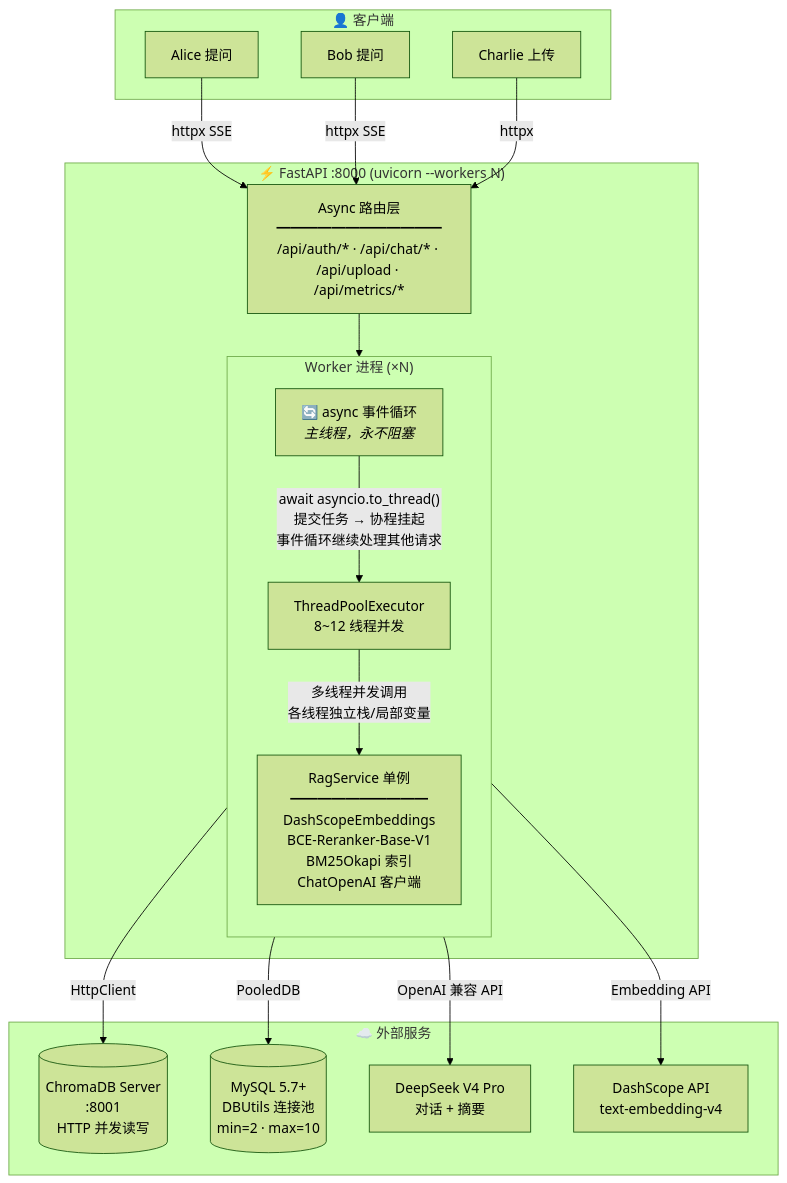
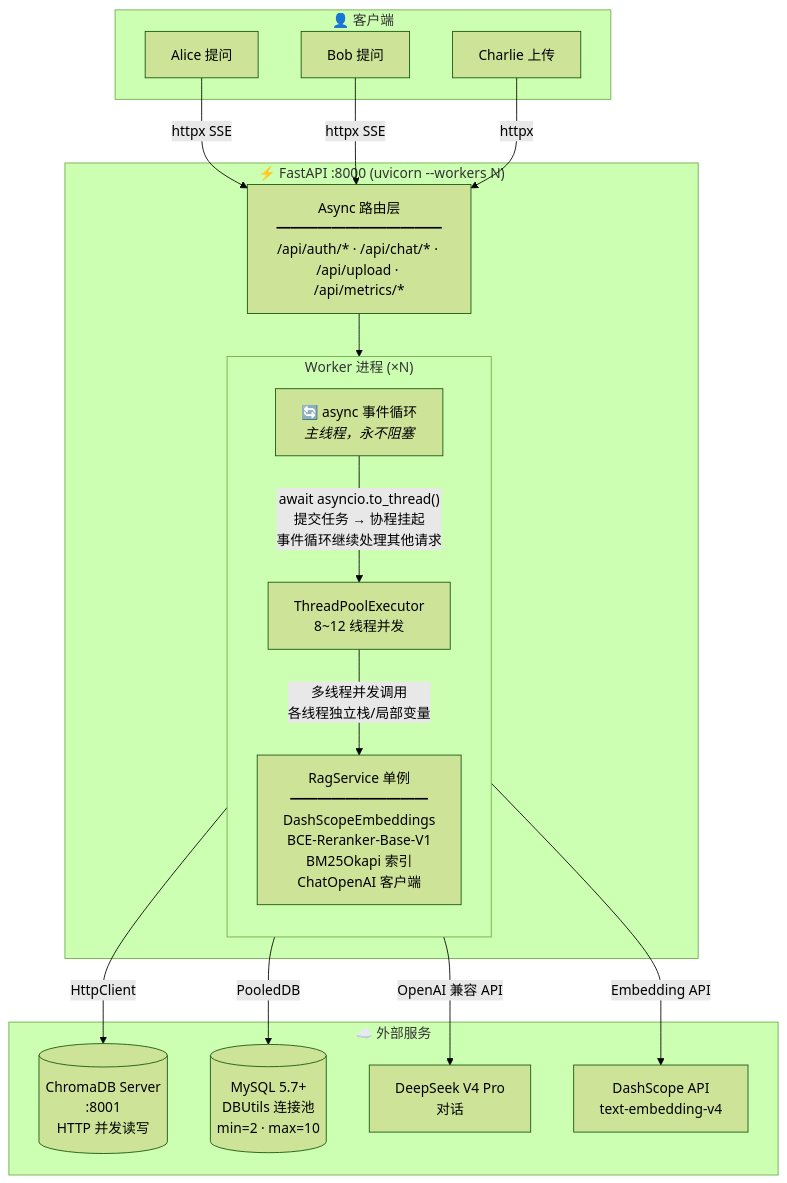
The first of 4 diagrams in README.md (2059217759-arch/rag_langchain_project), drawn with Mermaid (forest theme) before and after one commit. The commit also changed other lines of this file and 16 other files, not shown here.

````diff
--- a/README.md
+++ b/README.md
@@ -73,40 +76,40 @@
 ```mermaid
 graph TB
     subgraph Clients["👤 客户端"]
         Alice["Alice 提问"]
         Bob["Bob 提问"]
         Charlie["Charlie 上传"]
     end
 
     Alice -->|"httpx SSE"| API_Layer
     Bob -->|"httpx SSE"| API_Layer
     Charlie -->|"httpx"| API_Layer
 
     subgraph FastAPI["⚡ FastAPI :8000 (uvicorn --workers N)"]
         API_Layer["Async 路由层<br/>━━━━━━━━━━━━<br/>/api/auth/* · /api/chat/* · /api/upload · /api/metrics/*"]
 
         subgraph Worker["Worker 进程 (×N)"]
             direction TB
             EL["🔄 async 事件循环<br/><i>主线程，永不阻塞</i>"]
             Pool["ThreadPoolExecutor<br/>8~12 线程并发"]
             RS["RagService 单例<br/>━━━━━━━━━━<br/>DashScopeEmbeddings<br/>BCE-Reranker-Base-V1<br/>BM25Okapi 索引<br/>ChatOpenAI 客户端"]
 
             EL -->|"await asyncio.to_thread()<br/>提交任务 → 协程挂起<br/>事件循环继续处理其他请求"| Pool
             Pool -->|"多线程并发调用<br/>各线程独立栈/局部变量"| RS
         end
 
         API_Layer --> EL
     end
 
     subgraph External["☁️ 外部服务"]
         ChromaDB[("ChromaDB Server<br/>:8001<br/>HTTP 并发读写")]
         MySQL[("MySQL 5.7+<br/>DBUtils 连接池<br/>min=2 · max=10")]
-        DeepSeek["DeepSeek V4 Pro<br/>对话 + 摘要"]
+        DeepSeek["DeepSeek V4 Pro<br/>对话"]
         DashScope["DashScope API<br/>text-embedding-v4"]
     end
 
     RS -->|"HttpClient"| ChromaDB
     RS -->|"PooledDB"| MySQL
     RS -->|"OpenAI 兼容 API"| DeepSeek
     RS -->|"Embedding API"| DashScope
 ```
````
